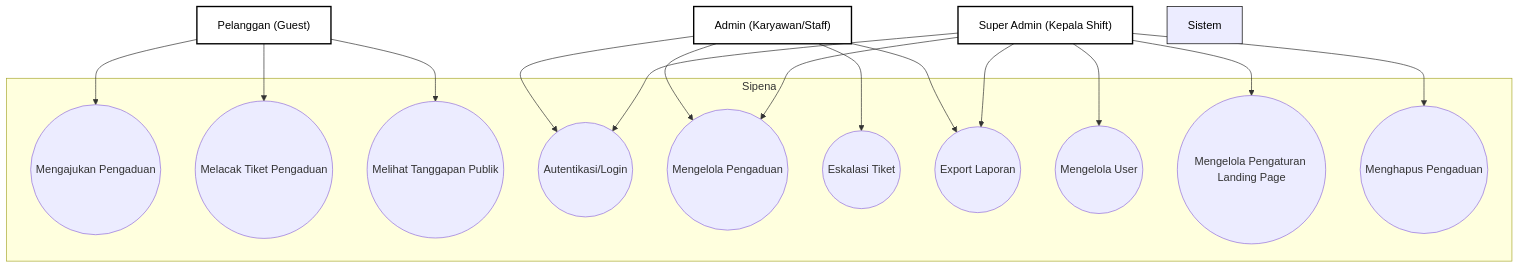
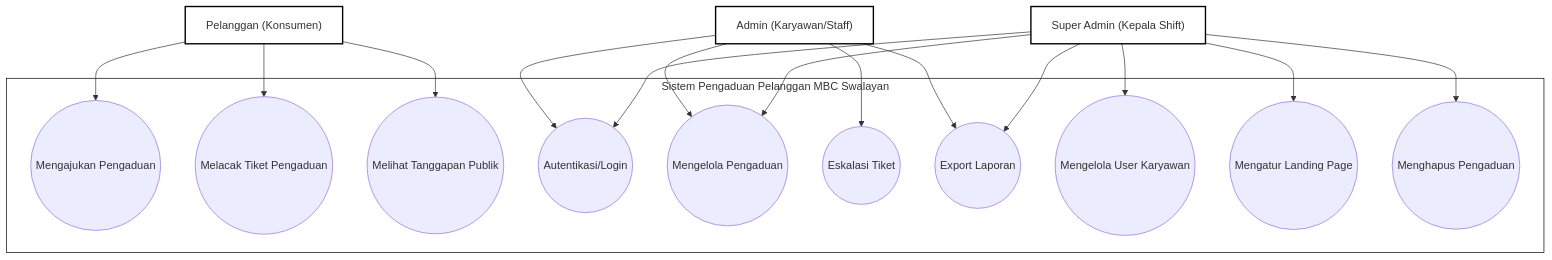
One commit to adistianherlambang/Sipena-MBC-Laravel changed the first of 5 diagrams in skripsi3.md. Above: the diagram before and after it, drawn with Mermaid. The commit also changed other lines of this file, not shown here.

````diff
--- a/skripsi3.md
+++ b/skripsi3.md
@@ -14,46 +13,43 @@
 ```mermaid
 graph TD
     %% Actors
-    ActorPelanggan["Pelanggan (Guest)"]
+    ActorPelanggan["Pelanggan (Konsumen)"]
     ActorAdmin["Admin (Karyawan/Staff)"]
     ActorSuperAdmin["Super Admin (Kepala Shift)"]
 
-    %% Boundaries
-    subgraph Sistem Pengaduan Pelanggan [Sipena]
+    subgraph Sipena [Sistem Pengaduan Pelanggan MBC Swalayan]
         UC1((Mengajukan Pengaduan))
         UC2((Melacak Tiket Pengaduan))
         UC3((Melihat Tanggapan Publik))
         UC4((Autentikasi/Login))
         UC5((Mengelola Pengaduan))
         UC6((Eskalasi Tiket))
         UC7((Export Laporan))
-        UC8((Mengelola User))
-        UC9((Mengelola Pengaturan Landing Page))
+        UC8((Mengelola User Karyawan))
+        UC9((Mengatur Landing Page))
         UC10((Menghapus Pengaduan))
     end
 
-    %% Connections Pelanggan
+    %% Connections
     ActorPelanggan --> UC1
     ActorPelanggan --> UC2
     ActorPelanggan --> UC3
 
-    %% Connections Admin
     ActorAdmin --> UC4
     ActorAdmin --> UC5
     ActorAdmin --> UC6
     ActorAdmin --> UC7
 
-    %% Connections Super Admin
     ActorSuperAdmin --> UC4
     ActorSuperAdmin --> UC5
     ActorSuperAdmin --> UC7
     ActorSuperAdmin --> UC8
     ActorSuperAdmin --> UC9
     ActorSuperAdmin --> UC10
 
-    %% Style
-    style ActorPelanggan fill:#fff,stroke:#000,stroke-width:2px,color:#000
-    style ActorAdmin fill:#fff,stroke:#000,stroke-width:2px,color:#000
-    style ActorSuperAdmin fill:#fff,stroke:#000,stroke-width:2px,color:#000
-    style Sistem Pengaduan Pelanggan fill:#fff,stroke:#000,stroke-width:1px,color:#000
+    %% Styles
+    style ActorPelanggan fill:#fff,stroke:#000,stroke-width:2px
+    style ActorAdmin fill:#fff,stroke:#000,stroke-width:2px
+    style ActorSuperAdmin fill:#fff,stroke:#000,stroke-width:2px
+    style Sipena fill:#fff,stroke:#000,stroke-width:1px
 ```
````
